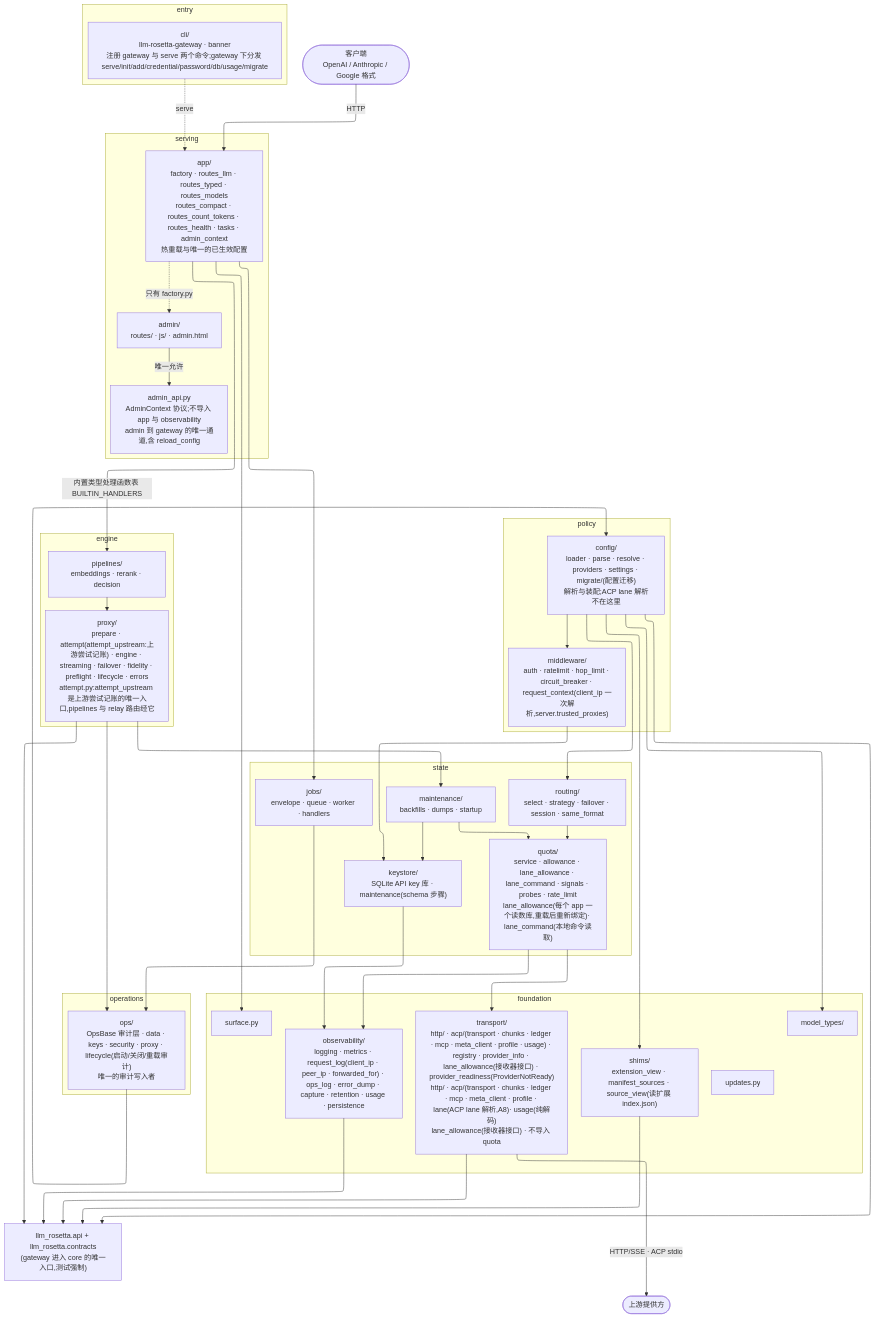
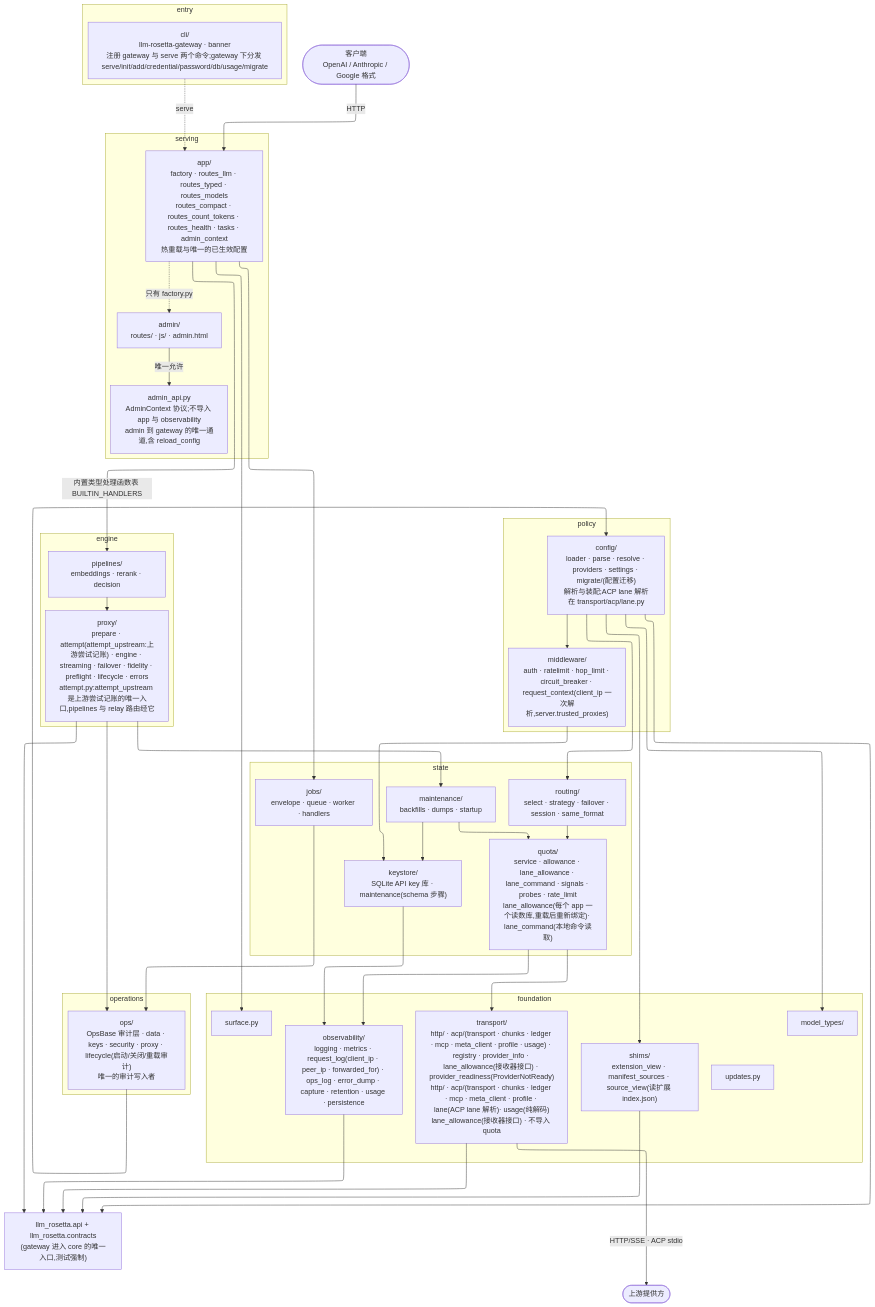
One commit to Oaklight/llm-rosetta changed the diagram in gap_ideal.mmd. Above: the diagram before and after it, drawn with Mermaid. The commit also changed 4 other files, not shown here.

Commit message:
diagrams: the ACP lane is resolved in transport/acp/lane.py (#1830 A8 PR 1)

```diff
--- a/gap_ideal.mmd
+++ b/gap_ideal.mmd
@@ -1,71 +1,71 @@
 ---
 config:
   layout: elk
 ---
 flowchart TB
   subgraph STATE["state"]
     KEYSTORE["keystore/<br/>SQLite API key 库 · maintenance(schema 步骤)"]
     MAINT["maintenance/<br/>backfills · dumps · startup"]
     JOBS["jobs/<br/>envelope · queue · worker · handlers"]
     QUOTA["quota/<br/>service · allowance · lane_allowance · lane_command · signals · probes · rate_limit<br/>lane_allowance(每个 app 一个读数库,重载后重新绑定)· lane_command(本地命令读取)"]
     ROUTING["routing/<br/>select · strategy · failover · session · same_format"]
   end
   subgraph POLICY["policy"]
-    CONFIG["config/<br/>loader · parse · resolve · providers · settings · migrate/(配置迁移)<br/>解析与装配;ACP lane 解析不在这里"]
+    CONFIG["config/<br/>loader · parse · resolve · providers · settings · migrate/(配置迁移)<br/>解析与装配;ACP lane 解析在 transport/acp/lane.py"]
     MW["middleware/<br/>auth · ratelimit · hop_limit · circuit_breaker · request_context(client_ip 一次解析,server.trusted_proxies)"]
   end
   subgraph FOUNDATION["foundation"]
-    TRANSPORT["transport/<br/>http/ · acp/(transport · chunks · ledger · mcp · meta_client · profile · usage) · registry · provider_info · lane_allowance(接收器接口) · provider_readiness(ProviderNotReady)<br/>http/ · acp/(transport · chunks · ledger · mcp · meta_client · profile · lane(ACP lane 解析,A8)· usage(纯解码)<br/>lane_allowance(接收器接口) · 不导入 quota"]
+    TRANSPORT["transport/<br/>http/ · acp/(transport · chunks · ledger · mcp · meta_client · profile · usage) · registry · provider_info · lane_allowance(接收器接口) · provider_readiness(ProviderNotReady)<br/>http/ · acp/(transport · chunks · ledger · mcp · meta_client · profile · lane(ACP lane 解析)· usage(纯解码)<br/>lane_allowance(接收器接口) · 不导入 quota"]
     SURF["surface.py"]
     OBS["observability/<br/>logging · metrics · request_log(client_ip · peer_ip · forwarded_for) · ops_log · error_dump · capture · retention · usage · persistence"]
     UPD["updates.py"]
     MT["model_types/"]
     SHIMS["shims/<br/>extension_view · manifest_sources · source_view(读扩展 index.json)"]
   end
   subgraph ENGINE["engine"]
     PROXY["proxy/<br/>prepare · attempt(attempt_upstream:上游尝试记账) · engine · streaming · failover · fidelity · preflight · lifecycle · errors<br/>attempt.py:attempt_upstream 是上游尝试记账的唯一入口,pipelines 与 relay 路由经它"]
     PIPES["pipelines/<br/>embeddings · rerank · decision"]
   end
   subgraph OPERATIONS["operations"]
     OPS["ops/<br/>OpsBase 审计层 · data · keys · security · proxy · lifecycle(启动/关闭/重载审计)<br/>唯一的审计写入者"]
   end
   subgraph ENTRY["entry"]
     CLI["cli/<br/>llm-rosetta-gateway · banner<br/>注册 gateway 与 serve 两个命令;gateway 下分发 serve/init/add/credential/password/db/usage/migrate"]
   end
   CLIENT(["客户端<br/>OpenAI / Anthropic / Google 格式"])
   CORE["llm_rosetta.api + llm_rosetta.contracts<br/>(gateway 进入 core 的唯一入口,测试强制)"]
   UP(["上游提供方"])
   subgraph SERVING["serving"]
     ADMINAPI["admin_api.py<br/>AdminContext 协议;不导入 app 与 observability<br/>admin 到 gateway 的唯一通道,含 reload_config"]
     ADMIN["admin/<br/>routes/ · js/ · admin.html"]
     APP["app/<br/>factory · routes_llm · routes_typed · routes_models<br/>routes_compact · routes_count_tokens · routes_health · tasks · admin_context<br/>热重载与唯一的已生效配置"]
   end
   ADMIN -->|"唯一允许"| ADMINAPI
   APP -.->|"只有 factory.py"| ADMIN
   APP --> JOBS
   APP -->|"内置类型处理函数表 BUILTIN_HANDLERS"| PIPES
   APP --> SURF
   CLI -.->|"serve"| APP
   CONFIG --> MW
   CONFIG --> MT
   CONFIG --> ROUTING
   CONFIG --> SHIMS
   JOBS --> OPS
   KEYSTORE --> OBS
   MAINT --> KEYSTORE
   MAINT --> QUOTA
   MW --> KEYSTORE
   OPS --> CONFIG
   PIPES --> PROXY
   PROXY --> MAINT
   PROXY --> OPS
   QUOTA --> OBS
   QUOTA --> TRANSPORT
   ROUTING --> QUOTA
   CONFIG --> CORE
   TRANSPORT -->|HTTP/SSE · ACP stdio| UP
   OBS --> CORE
   SHIMS --> CORE
   TRANSPORT --> CORE
   CLIENT -->|HTTP| APP
   PROXY --> CORE
```
